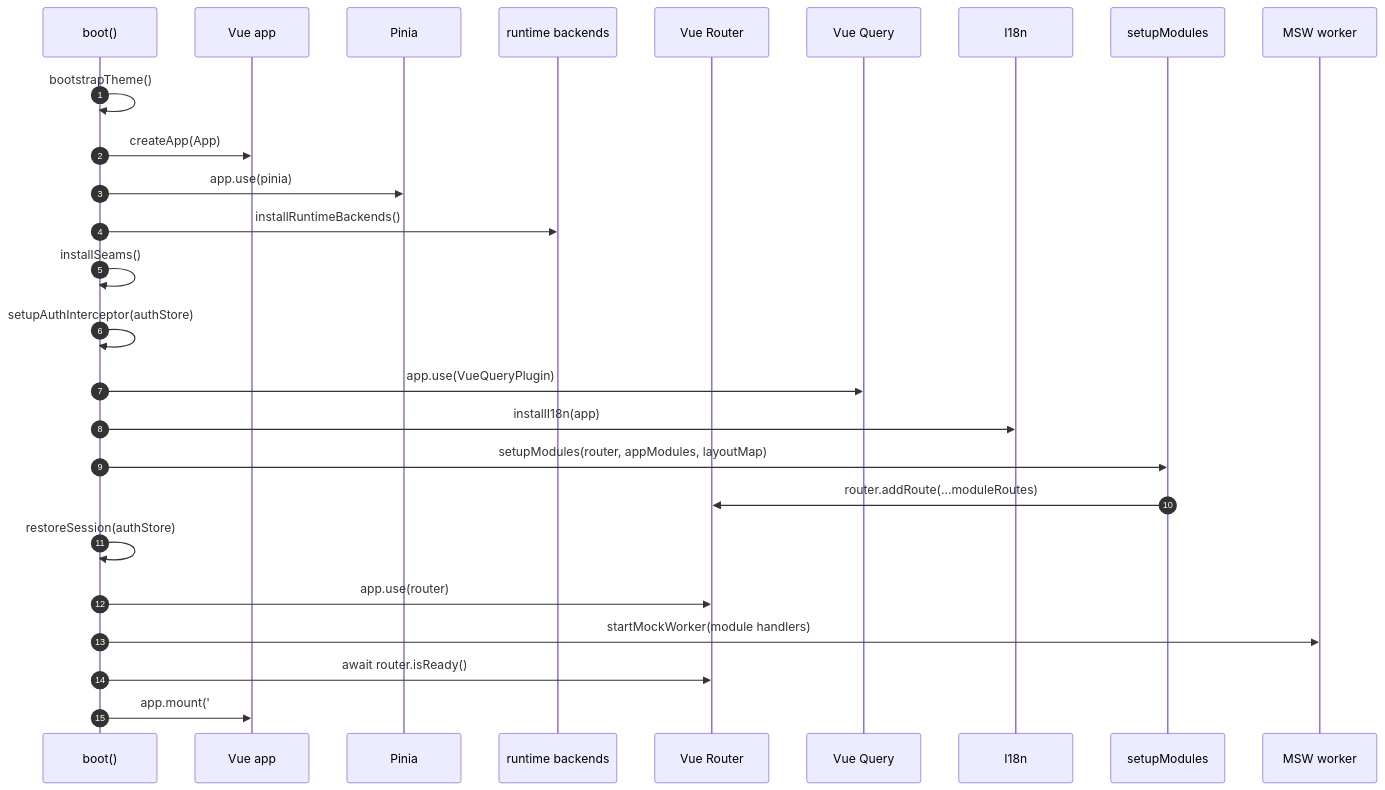
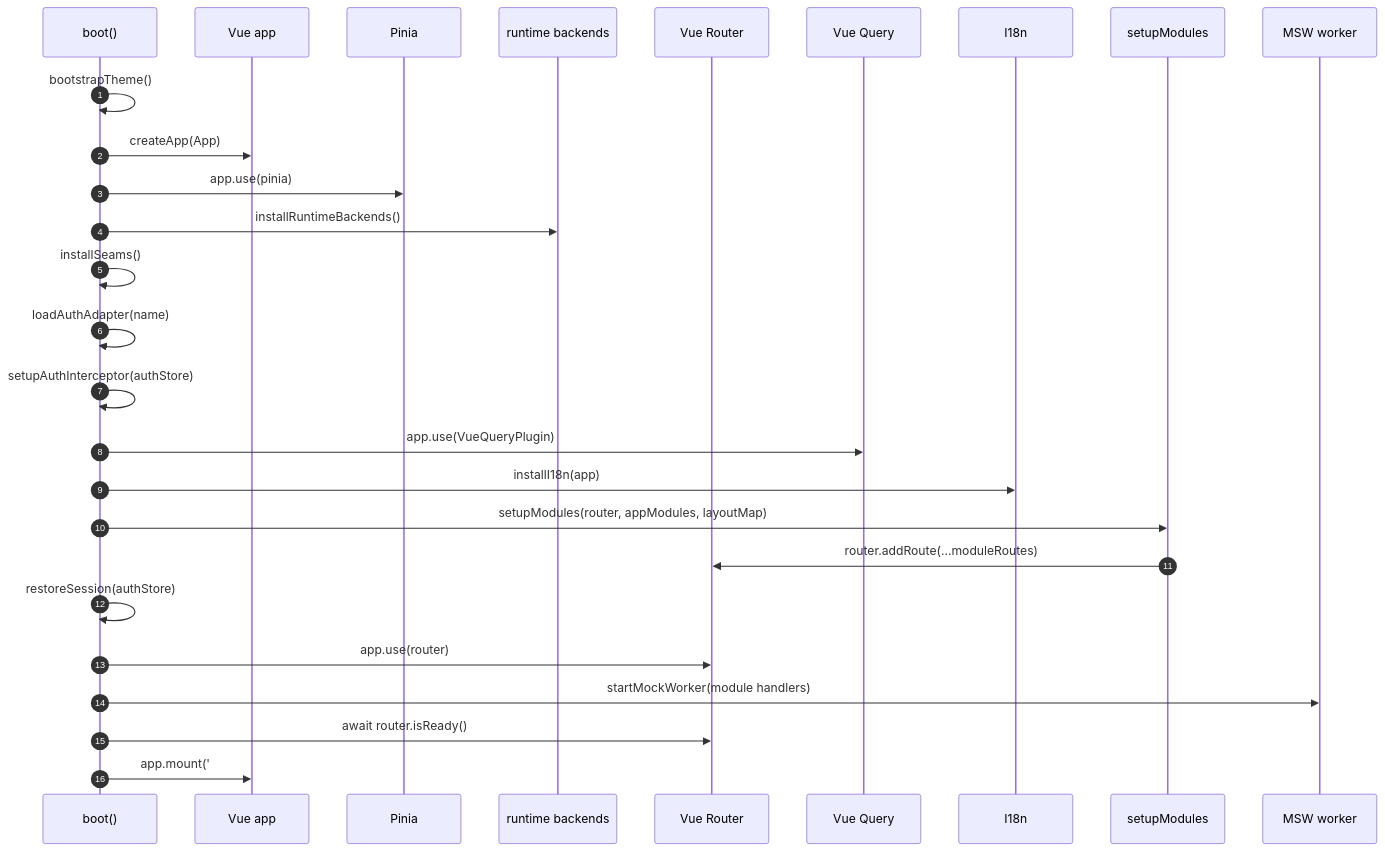
The second of 6 diagrams in docs/2.architecture/3.routing.md (boussadjra/vuestrata), drawn with Mermaid before and after one commit. The commit also changed 8 other files, not shown here.

````diff
--- a/docs/2.architecture/3.routing.md
+++ b/docs/2.architecture/3.routing.md
@@ -161,29 +161,30 @@
 ```mermaid
 sequenceDiagram
   autonumber
   participant Main as boot()
   participant App as Vue app
   participant Pinia
   participant Runtime as runtime backends
   participant Router as Vue Router
   participant Query as Vue Query
   participant I18n
   participant Modules as setupModules
   participant MSW as MSW worker
 
   Main->>Main: bootstrapTheme()
   Main->>App: createApp(App)
   Main->>Pinia: app.use(pinia)
   Main->>Runtime: installRuntimeBackends()
   Main->>Main: installSeams()
+  Main->>Main: loadAuthAdapter(name)
   Main->>Main: setupAuthInterceptor(authStore)
   Main->>Query: app.use(VueQueryPlugin)
   Main->>I18n: installI18n(app)
   Main->>Modules: setupModules(router, appModules, layoutMap)
   Modules->>Router: router.addRoute(...moduleRoutes)
   Main->>Main: restoreSession(authStore)
   Main->>Router: app.use(router)
   Main->>MSW: startMockWorker(module handlers)
   Main->>Router: await router.isReady()
   Main->>App: app.mount('#app')
 ```
````
